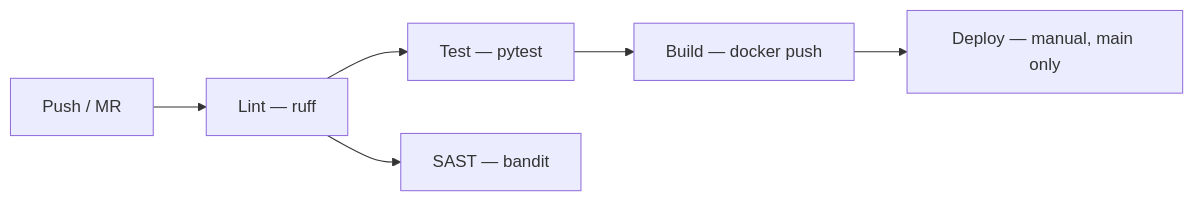
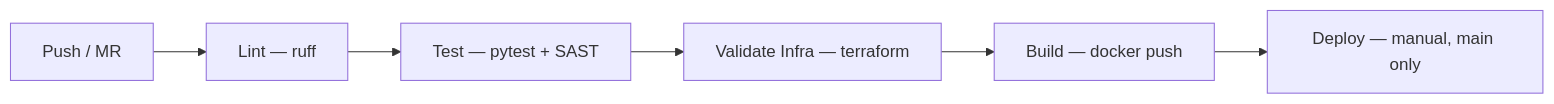
One commit to xAngryBadger/quokka-trainee-cloud changed the diagram in README.md. Above: the diagram before and after it, drawn with Mermaid. The commit also changed other lines of this file and 1 other file, not shown here.

````diff
--- a/README.md
+++ b/README.md
@@ -65,8 +65,8 @@
 ```mermaid
 graph LR
-    A[Push / MR] --> B[Lint — ruff]
-    B --> C[Test — pytest]
-    B --> D[SAST — bandit]
-    C --> E[Build — docker push]
-    E --> F[Deploy — manual, main only]
+A[Push / MR] --> B[Lint — ruff]
+B --> C[Test — pytest + SAST]
+C --> D[Validate Infra — terraform]
+D --> E[Build — docker push]
+E --> F[Deploy — manual, main only]
 ```
````
